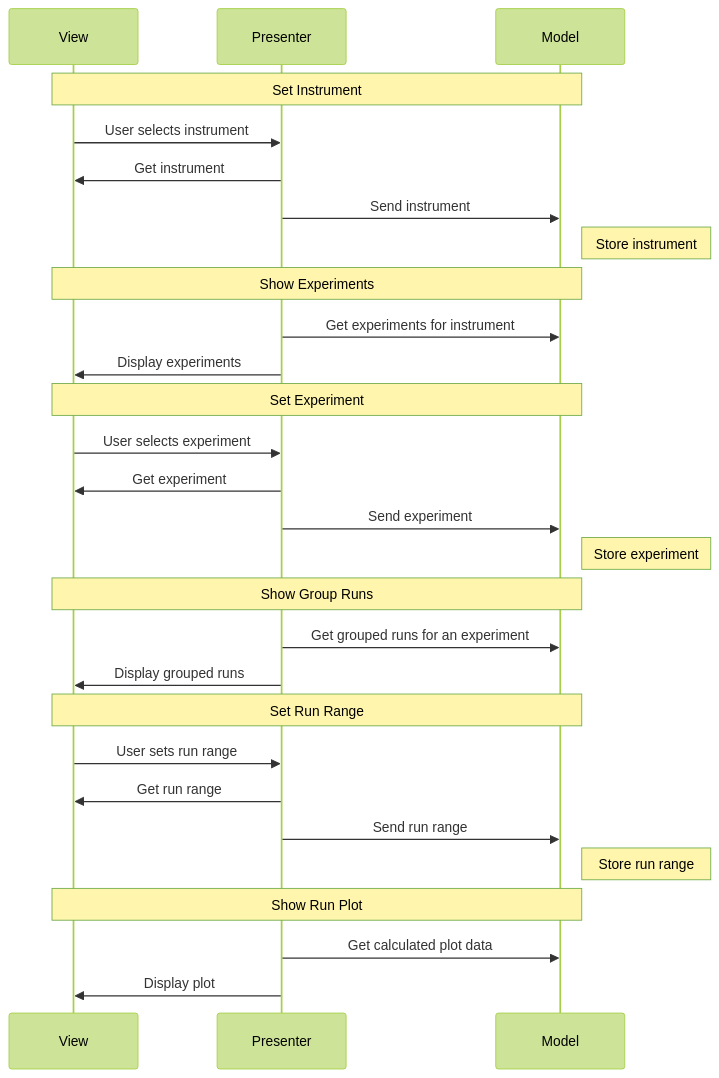
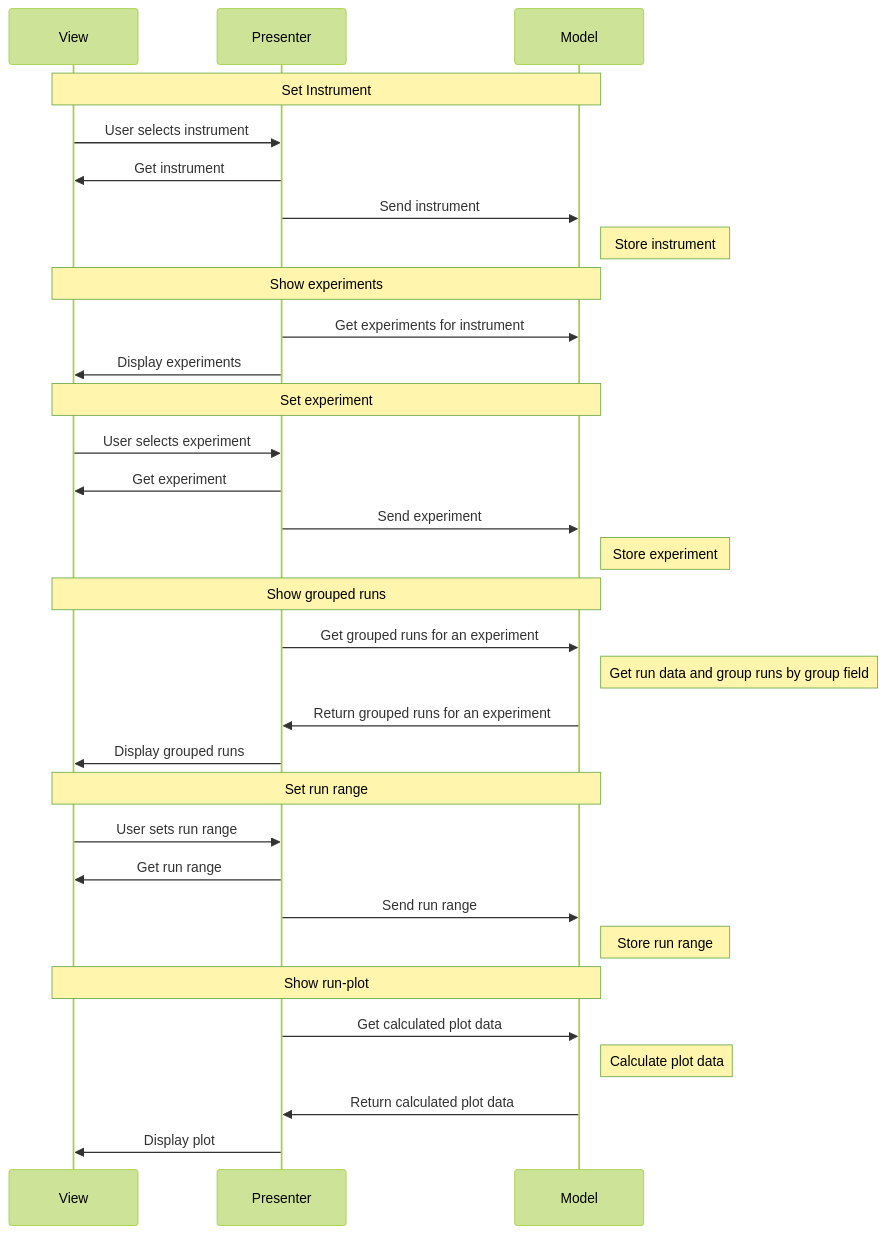
Before and after one commit to neutrons/garnet: the fifth of 5 diagrams in docs/source/design/oncat_mvp.rst, drawn with Mermaid (forest theme). The commit also changed other lines of this file and 4 other files, not shown here.

```diff
--- a/docs/source/design/oncat_mvp.rst
+++ b/docs/source/design/oncat_mvp.rst
@@ -125,36 +126,40 @@
 .. mermaid::
 
     sequenceDiagram
         participant View
         participant Presenter
         participant Model
 
         Note over View,Model: Set Instrument
         View->>Presenter: User selects instrument
         Presenter->>View: Get instrument
         Presenter->>Model: Send instrument
         Note right of Model: Store instrument
 
-        Note over View,Model: Show Experiments
+        Note over View,Model: Show experiments
         Presenter->>Model: Get experiments for instrument
         Presenter->>View: Display experiments
 
-        Note over View,Model: Set Experiment
+        Note over View,Model: Set experiment
         View->>Presenter: User selects experiment
         Presenter->>View: Get experiment
         Presenter->>Model: Send experiment
         Note right of Model: Store experiment
 
-        Note over View,Model: Show Group Runs
+        Note over View,Model: Show grouped runs
         Presenter->>Model: Get grouped runs for an experiment
+        Note right of Model: Get run data and group runs by group field
+        Model->>Presenter: Return grouped runs for an experiment
         Presenter->>View: Display grouped runs
 
-        Note over View,Model: Set Run Range
+        Note over View,Model: Set run range
         View->>Presenter: User sets run range
         Presenter->>View: Get run range
         Presenter->>Model: Send run range
         Note right of Model: Store run range
 
-        Note over View,Model: Show Run Plot
+        Note over View,Model: Show run-plot
         Presenter->>Model: Get calculated plot data
+        Note right of Model: Calculate plot data
+        Model->>Presenter: Return calculated plot data
         Presenter->>View: Display plot
```
